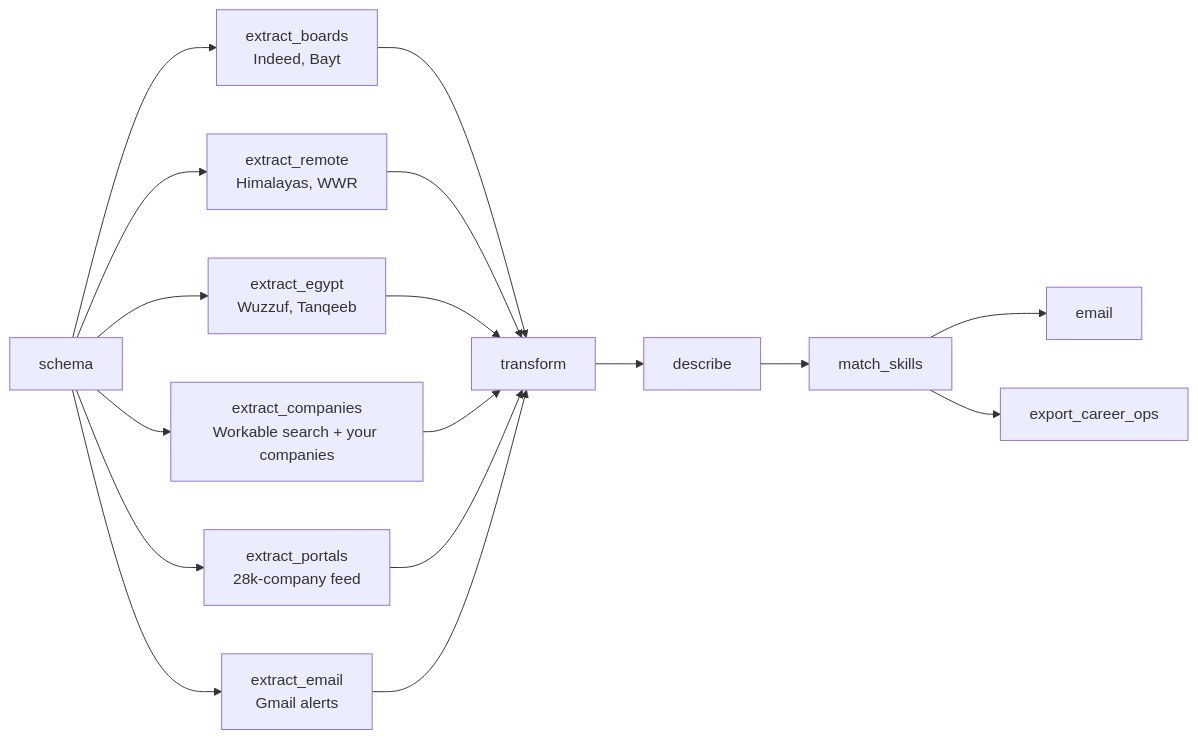
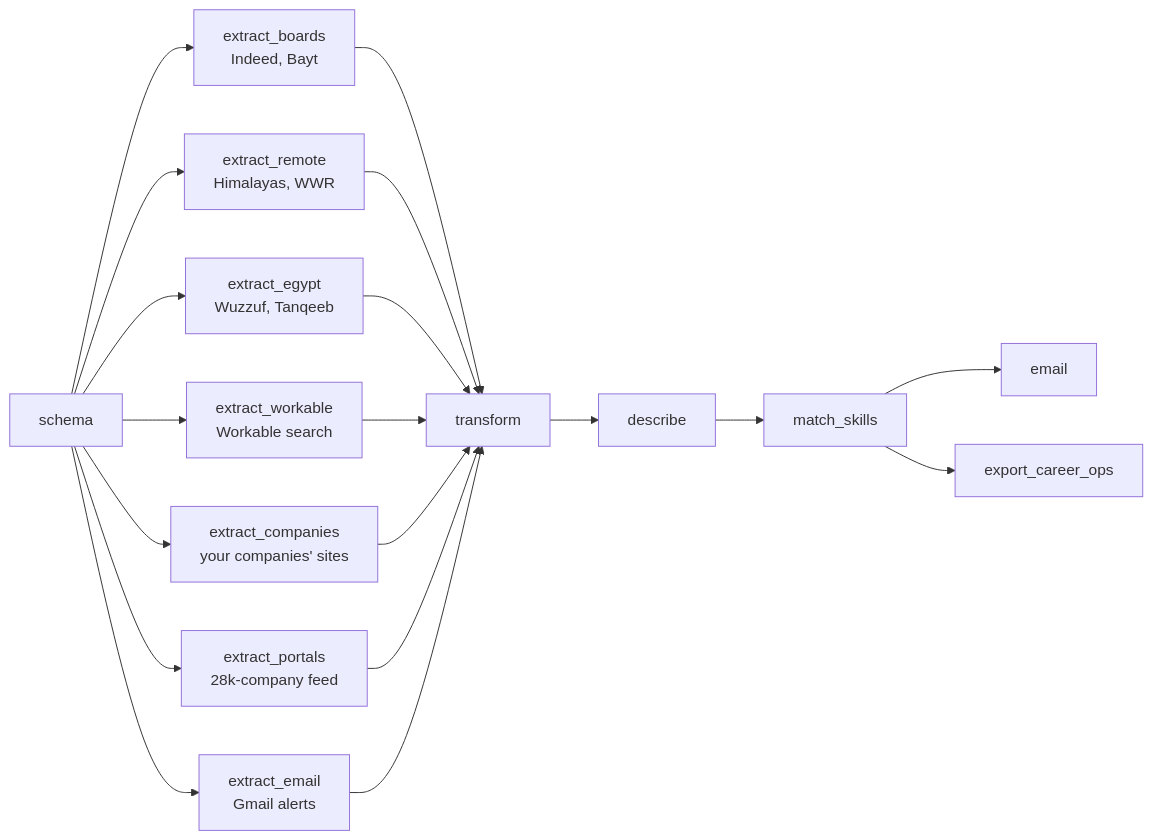
One commit to omarshalabyy1/job-radar changed the second of 3 diagrams in README.md. Above: the diagram before and after it, drawn with Mermaid. The commit also changed other lines of this file and 7 other files, not shown here.

````diff
--- a/README.md
+++ b/README.md
@@ -41,11 +40,12 @@
 ```mermaid
 flowchart LR
     schema --> boards[extract_boards<br/>Indeed, Bayt]
     schema --> remote[extract_remote<br/>Himalayas, WWR]
     schema --> egypt[extract_egypt<br/>Wuzzuf, Tanqeeb]
-    schema --> comp[extract_companies<br/>Workable search + your companies]
+    schema --> wk[extract_workable<br/>Workable search]
+    schema --> comp[extract_companies<br/>your companies' sites]
     schema --> portals[extract_portals<br/>28k-company feed]
     schema --> mail[extract_email<br/>Gmail alerts]
-    boards & remote & egypt & comp & portals & mail --> transform --> describe --> match_skills
+    boards & remote & egypt & wk & comp & portals & mail --> transform --> describe --> match_skills
     match_skills --> email & export_career_ops
 ```
````
